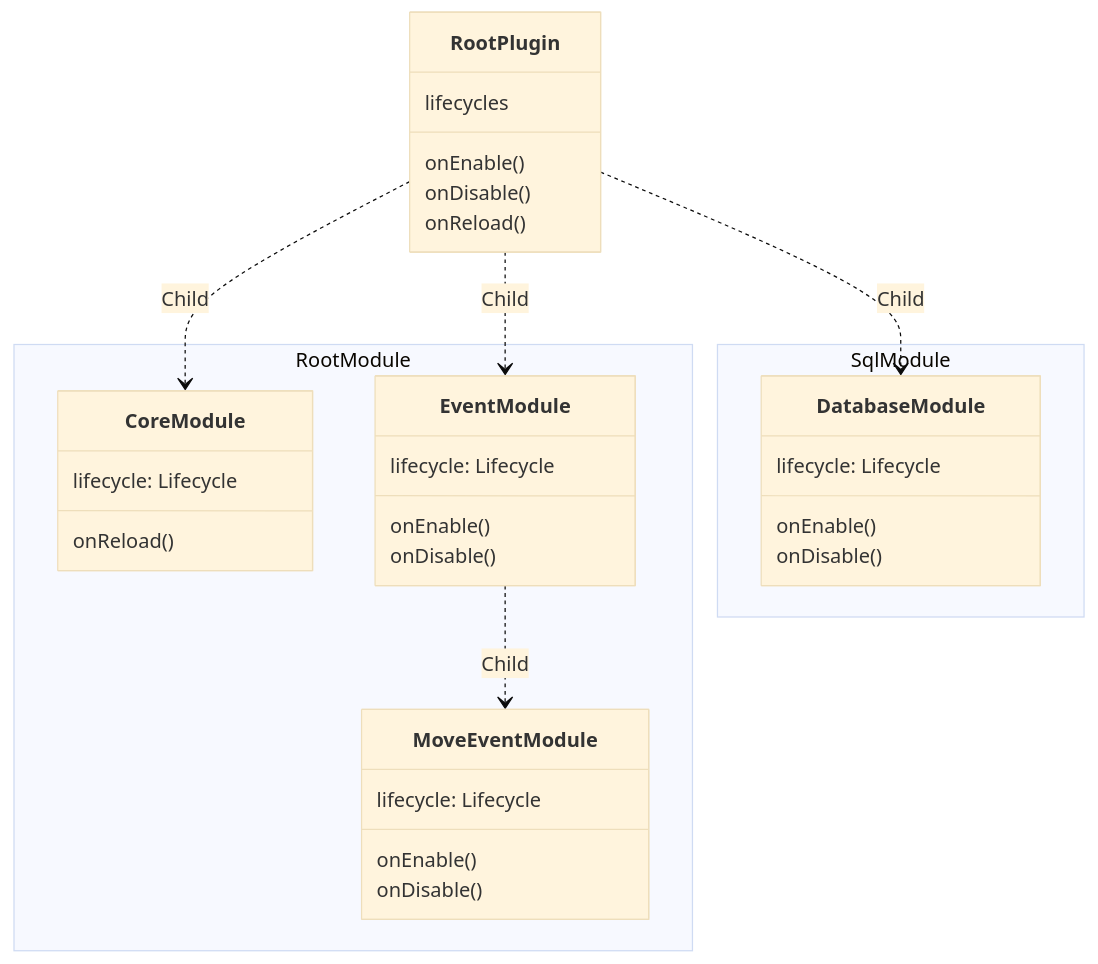
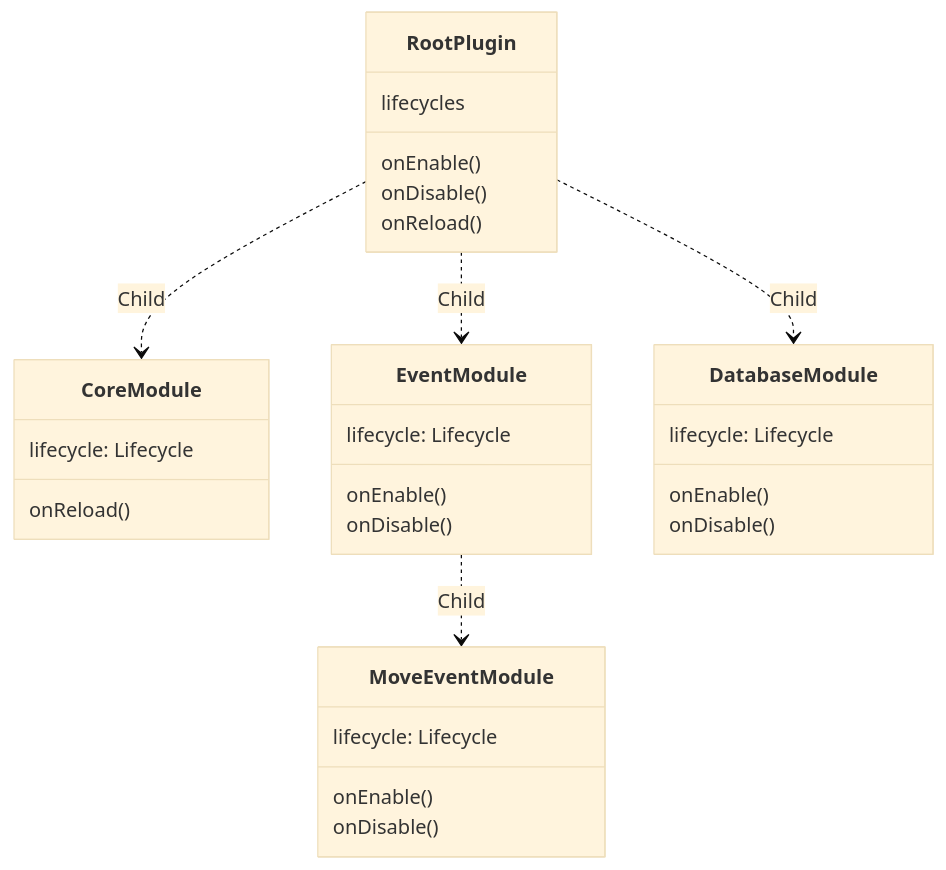
Before and after one commit to Astra-Interactive/AstraTemplate: the diagram in README.md, drawn with Mermaid (base theme).

````diff
--- a/README.md
+++ b/README.md
@@ -125,38 +125,34 @@
 ```mermaid
 classDiagram
     class RootPlugin {
         lifecycles
         onEnable()
         onDisable()
         onReload()
     }
 
     RootPlugin ..> CoreModule: Child
     RootPlugin ..> EventModule: Child
     RootPlugin ..> DatabaseModule: Child
     EventModule ..> MoveEventModule: Child
 
-    namespace RootModule {
-        class MoveEventModule {
-            lifecycle: Lifecycle
-            onEnable()
-            onDisable()
-        }
-        class EventModule {
-            lifecycle: Lifecycle
-            onEnable()
-            onDisable()
-        }
-        class CoreModule {
-            lifecycle: Lifecycle
-            onReload()
-        }
+    class MoveEventModule {
+        lifecycle: Lifecycle
+        onEnable()
+        onDisable()
     }
-    namespace SqlModule {
-        class DatabaseModule {
-            lifecycle: Lifecycle
-            onEnable()
-            onDisable()
-        }
+    class EventModule {
+        lifecycle: Lifecycle
+        onEnable()
+        onDisable()
+    }
+    class CoreModule {
+        lifecycle: Lifecycle
+        onReload()
+    }
+    class DatabaseModule {
+        lifecycle: Lifecycle
+        onEnable()
+        onDisable()
     }
 ```
````
